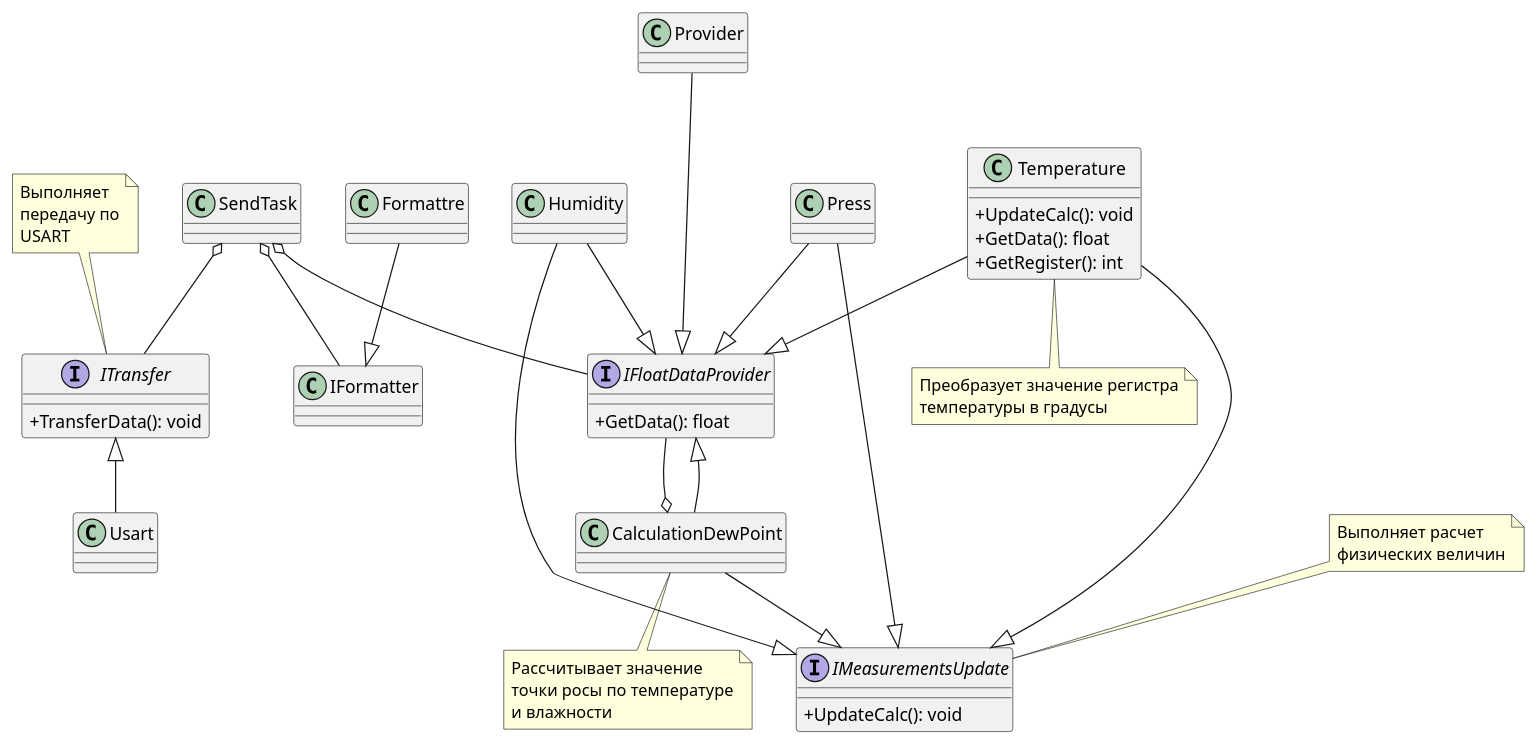
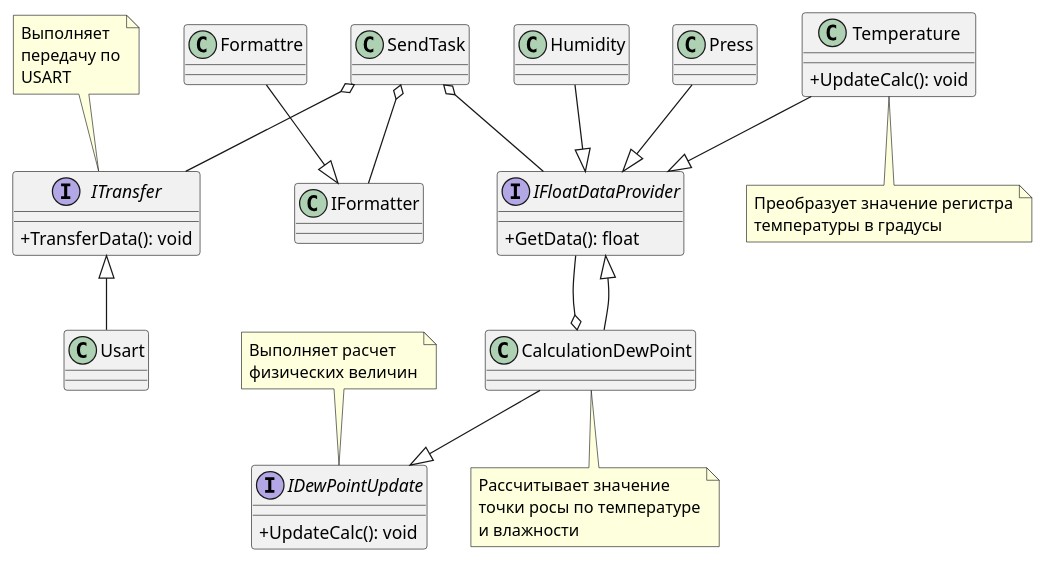
Before and after one commit to Alexandro103/Laba: the second of 5 diagrams in Diagrams.adoc, drawn with PlantUML. The commit also changed other lines of this file, not shown here.

```diff
--- a/Diagrams.adoc
+++ b/Diagrams.adoc
@@ -87,57 +89,54 @@
 [plantuml]
 ----
 @startuml
 skinparam classAttributeIconSize 0
 
 ' Интерфейсы и абстрактные компоненты
-interface IMeasurementsUpdate {
+interface IDewPointUpdate {
     +UpdateCalc(): void
 }
 interface IFloatDataProvider {
     +GetData(): float
 }
 interface ITransfer { 
   +TransferData(): void
 }
 
 ' Классы
 class Temperature {
     +UpdateCalc(): void
-    +GetData(): float
-    +GetRegister(): int
-}
+    }
 class CalculationDewPoint
 class Humidity
 class Press
 class Usart
 
 ' Примечания
-note top of IMeasurementsUpdate : Выполняет расчет\nфизических величин
+note top of IDewPointUpdate : Выполняет расчет\nфизических величин
 note top of ITransfer : Выполняет\nпередачу по\nUSART
 note bottom of Temperature : Преобразует значение регистра\nтемпературы в градусы
 note bottom of CalculationDewPoint : Рассчитывает значение\nточки росы по температуре\nи влажности
 
 ' Стрелки 
-Temperature --|> IMeasurementsUpdate
+
 Temperature --|> IFloatDataProvider
 
-CalculationDewPoint --|> IMeasurementsUpdate
+CalculationDewPoint --|> IDewPointUpdate
 CalculationDewPoint --|> IFloatDataProvider
 IFloatDataProvider --o CalculationDewPoint
 
-Humidity --|> IMeasurementsUpdate
+
 Humidity --|> IFloatDataProvider
 
-Press --|> IMeasurementsUpdate
+
 Press --|> IFloatDataProvider
 
 
 Formattre --|> IFormatter
-Provider ---|> IFloatDataProvider
 SendTask o-- IFloatDataProvider
 SendTask o-- IFormatter
 SendTask o-- ITransfer
 Usart -up-|> ITransfer
 
 @enduml
 ----
```
